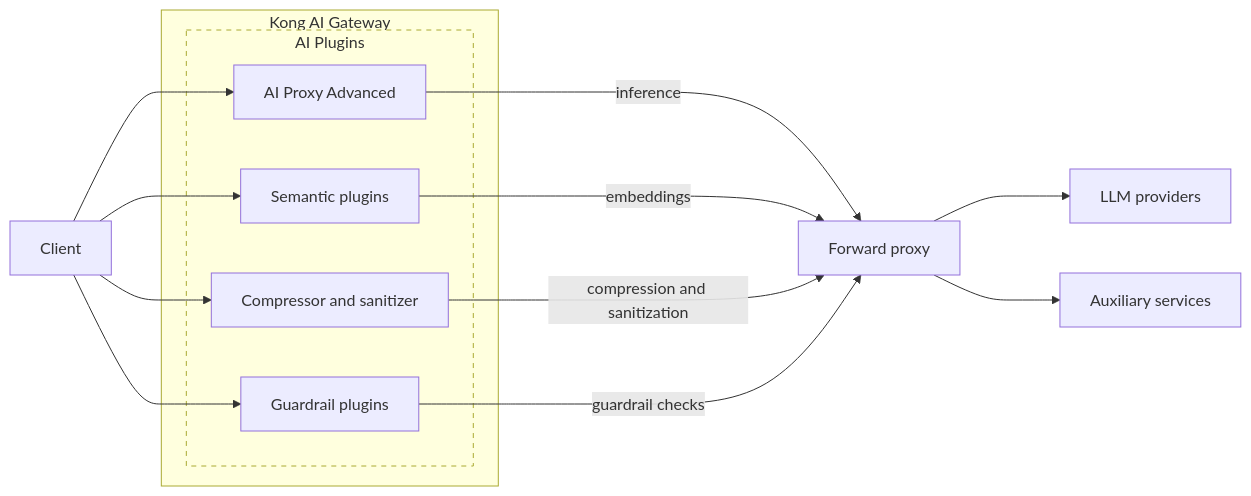
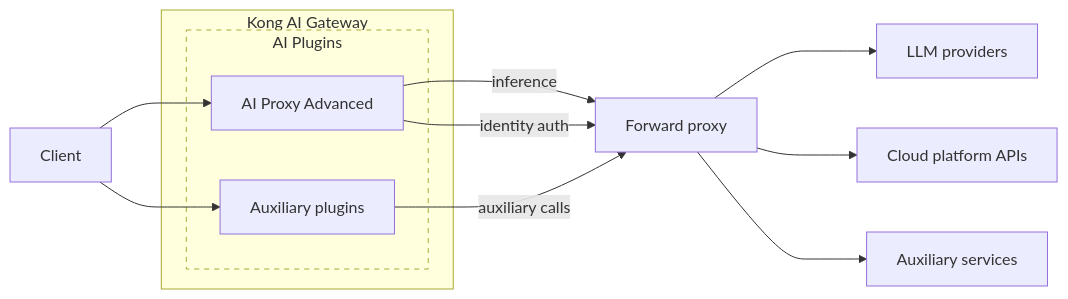
One commit to Kong/developer.konghq.com changed the diagram in app/ai-gateway/forward-proxy.md. Above: the diagram before and after it, drawn with Mermaid. The commit also changed other lines of this file, not shown here.

Commit message:
Update section

```diff
--- a/app/ai-gateway/forward-proxy.md
+++ b/app/ai-gateway/forward-proxy.md
@@ -70,22 +70,18 @@
 {% mermaid %}
 flowchart LR
+  Client --> AIProxy
+  Client --> Aux
   subgraph Gateway_Group[Kong AI Gateway]
     subgraph Plugins[AI Plugins]
       AIProxy[AI Proxy Advanced]
-      Semantic[Semantic plugins]
-      Transform[Compressor and sanitizer]
-      Guardrails[Guardrail plugins]
+      Aux[Auxiliary plugins]
     end
   end
-  Client --> AIProxy
-  Client --> Semantic
-  Client --> Transform
-  Client --> Guardrails
-  AIProxy -- inference ---> Proxy[Forward proxy]
-  Semantic -- embeddings ---> Proxy
-  Transform -- compression and sanitization --> Proxy
-  Guardrails -- guardrail checks --> Proxy
+  AIProxy -- inference --> Proxy[Forward proxy]
+  AIProxy -- "identity auth" --> Proxy
+  Aux -- "auxiliary calls" --> Proxy
   Proxy ---> LLM[LLM providers]
-  Proxy ---> Aux[Auxiliary services]
+  Proxy ---> CloudAPI[Cloud platform APIs]
+  Proxy ---> AuxSvc[Auxiliary services]
   style Plugins stroke-dasharray: 5 5
 {% endmermaid %}
```
